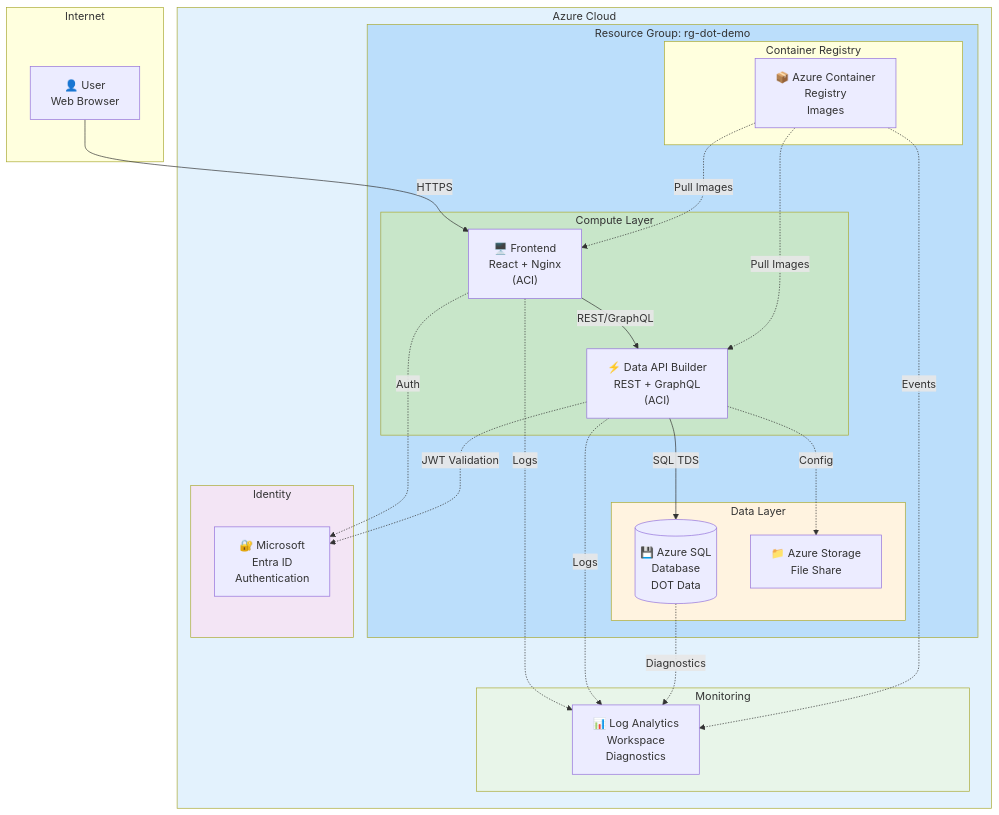
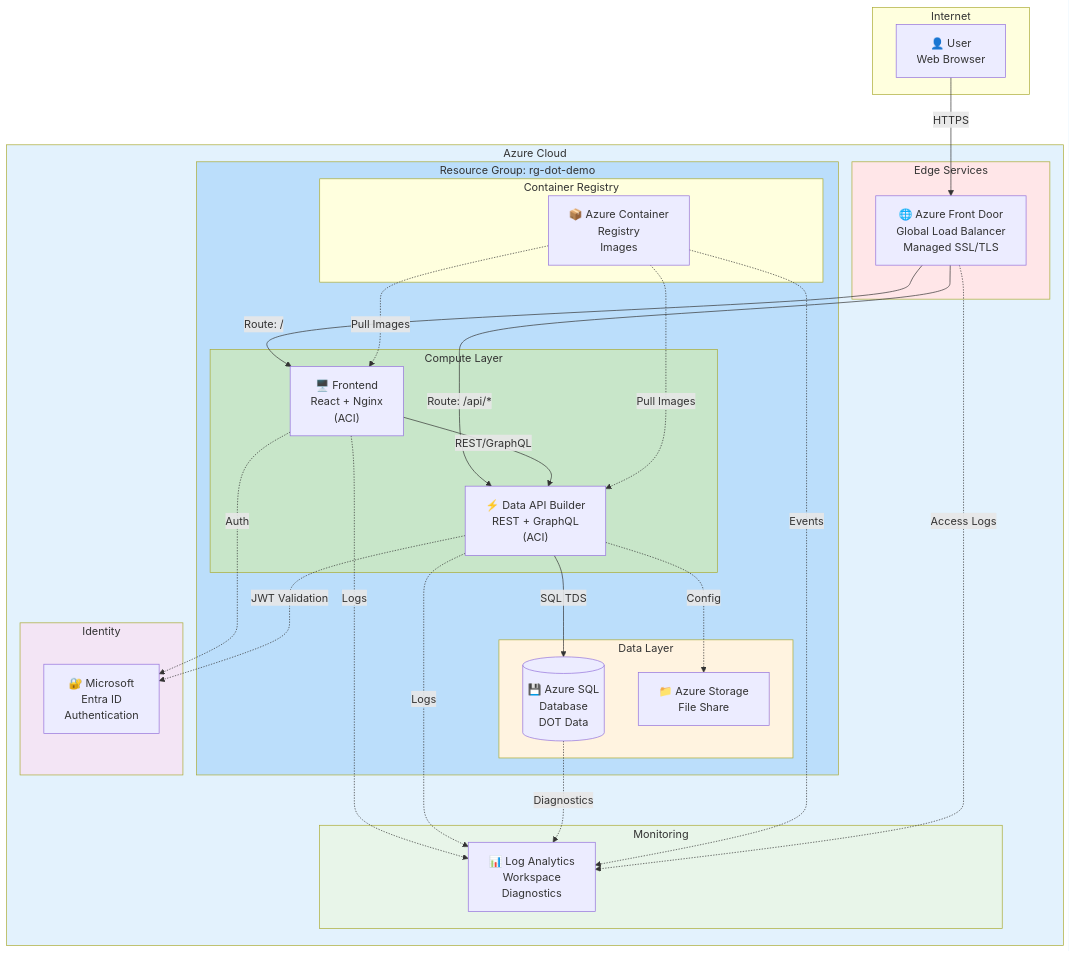
The first of 13 diagrams in docs/architecture.md (fgarofalo56/azure-dab-fullstack-demo), drawn with Mermaid before and after one commit. The commit also changed other lines of this file and 2 other files, not shown here.

First line of the commit message:
docs: update architecture diagrams with Front Door and Log Analytics

````diff
--- a/docs/architecture.md
+++ b/docs/architecture.md
@@ -42,52 +43,60 @@
 ```mermaid
 flowchart TB
     subgraph Internet["Internet"]
         User["👤 User<br/>Web Browser"]
     end
 
     subgraph Azure["Azure Cloud"]
+        subgraph Edge["Edge Services"]
+            FrontDoor["🌐 Azure Front Door<br/>Global Load Balancer<br/>Managed SSL/TLS"]
+        end
+
         subgraph RG["Resource Group: rg-dot-demo"]
             subgraph Compute["Compute Layer"]
                 Frontend["🖥️ Frontend<br/>React + Nginx<br/>(ACI)"]
                 DAB["⚡ Data API Builder<br/>REST + GraphQL<br/>(ACI)"]
             end
 
             subgraph Data["Data Layer"]
                 SQL[("💾 Azure SQL<br/>Database<br/>DOT Data")]
                 Storage["📁 Azure Storage<br/>File Share"]
             end
 
             subgraph Registry["Container Registry"]
                 ACR["📦 Azure Container<br/>Registry<br/>Images"]
             end
         end
 
         subgraph Monitoring["Monitoring"]
             LAW["📊 Log Analytics<br/>Workspace<br/>Diagnostics"]
         end
 
         subgraph Identity["Identity"]
             EntraID["🔐 Microsoft<br/>Entra ID<br/>Authentication"]
         end
     end
 
-    User -->|HTTPS| Frontend
+    User -->|HTTPS| FrontDoor
+    FrontDoor -->|"Route: /"| Frontend
+    FrontDoor -->|"Route: /api/*"| DAB
     Frontend -->|REST/GraphQL| DAB
     DAB -->|SQL TDS| SQL
     DAB -.->|Config| Storage
     Frontend -.->|Auth| EntraID
     DAB -.->|JWT Validation| EntraID
     ACR -.->|Pull Images| Frontend
     ACR -.->|Pull Images| DAB
     Frontend -.->|Logs| LAW
     DAB -.->|Logs| LAW
     SQL -.->|Diagnostics| LAW
     ACR -.->|Events| LAW
+    FrontDoor -.->|Access Logs| LAW
 
     style Azure fill:#e3f2fd
+    style Edge fill:#ffe6e8
     style RG fill:#bbdefb
     style Compute fill:#c8e6c9
     style Data fill:#fff3e0
     style Identity fill:#f3e5f5
     style Monitoring fill:#e8f5e9
 ```
````
